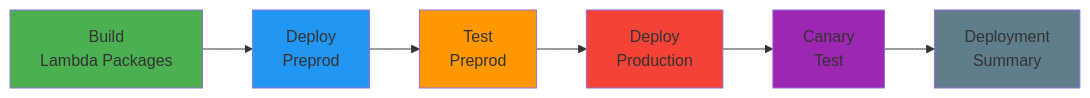
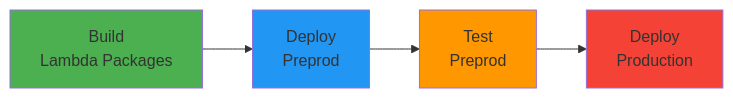
One commit to traylorre/sentiment-analyzer-gsk changed the first of 5 diagrams in README.md. Above: the diagram before and after it, drawn with Mermaid. The commit also changed other lines of this file, not shown here.

````diff
--- a/README.md
+++ b/README.md
@@ -30,15 +27,11 @@
 ```mermaid
 graph LR
     Build[Build<br/>Lambda Packages] --> DeployPreprod[Deploy<br/>Preprod]
     DeployPreprod --> TestPreprod[Test<br/>Preprod]
     TestPreprod --> DeployProd[Deploy<br/>Production]
-    DeployProd --> Canary[Canary<br/>Test]
-    Canary --> Summary[Deployment<br/>Summary]
 
     style Build fill:#4CAF50
     style DeployPreprod fill:#2196F3
     style TestPreprod fill:#FF9800
     style DeployProd fill:#F44336
-    style Canary fill:#9C27B0
-    style Summary fill:#607D8B
 ```
````
